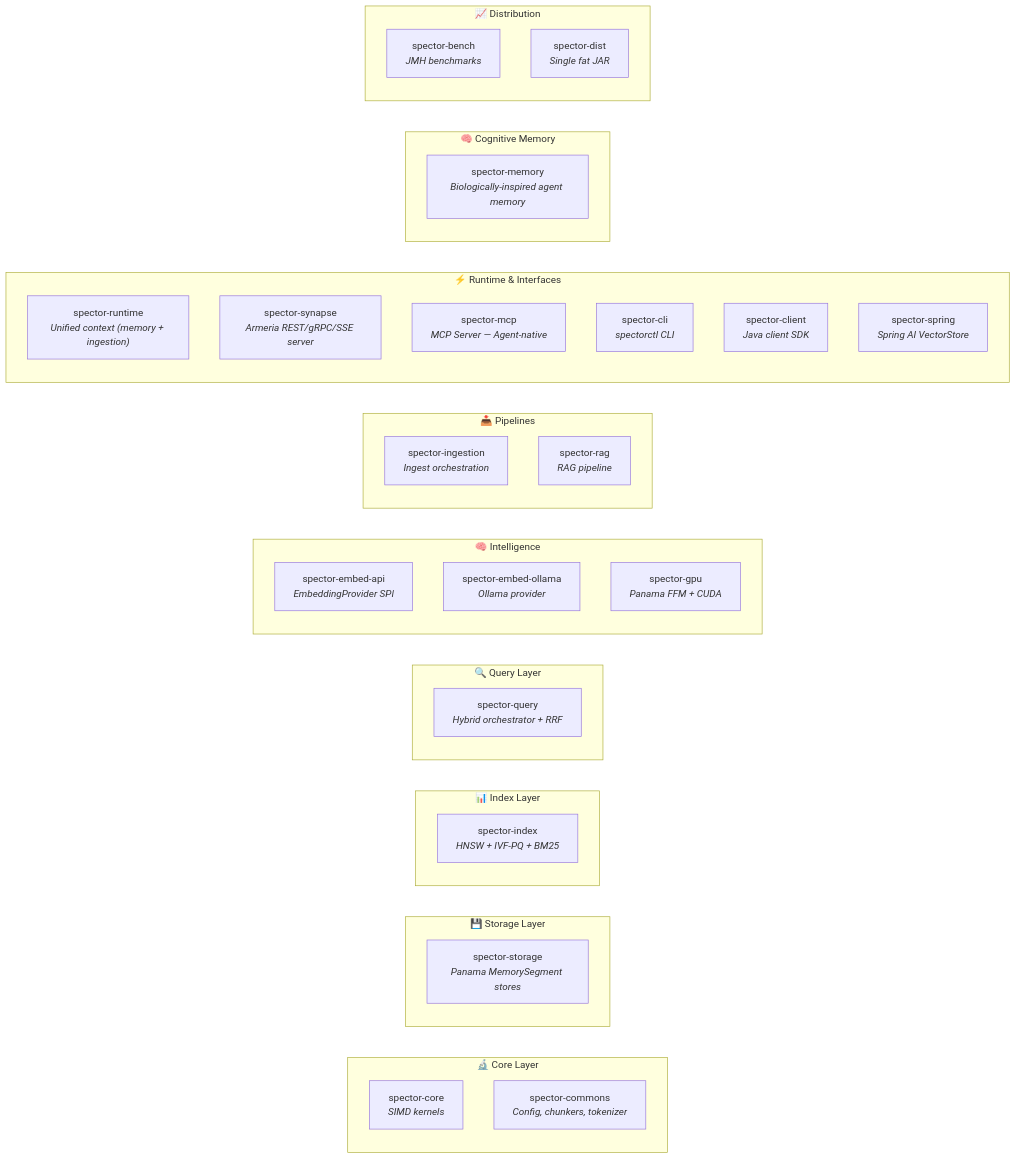
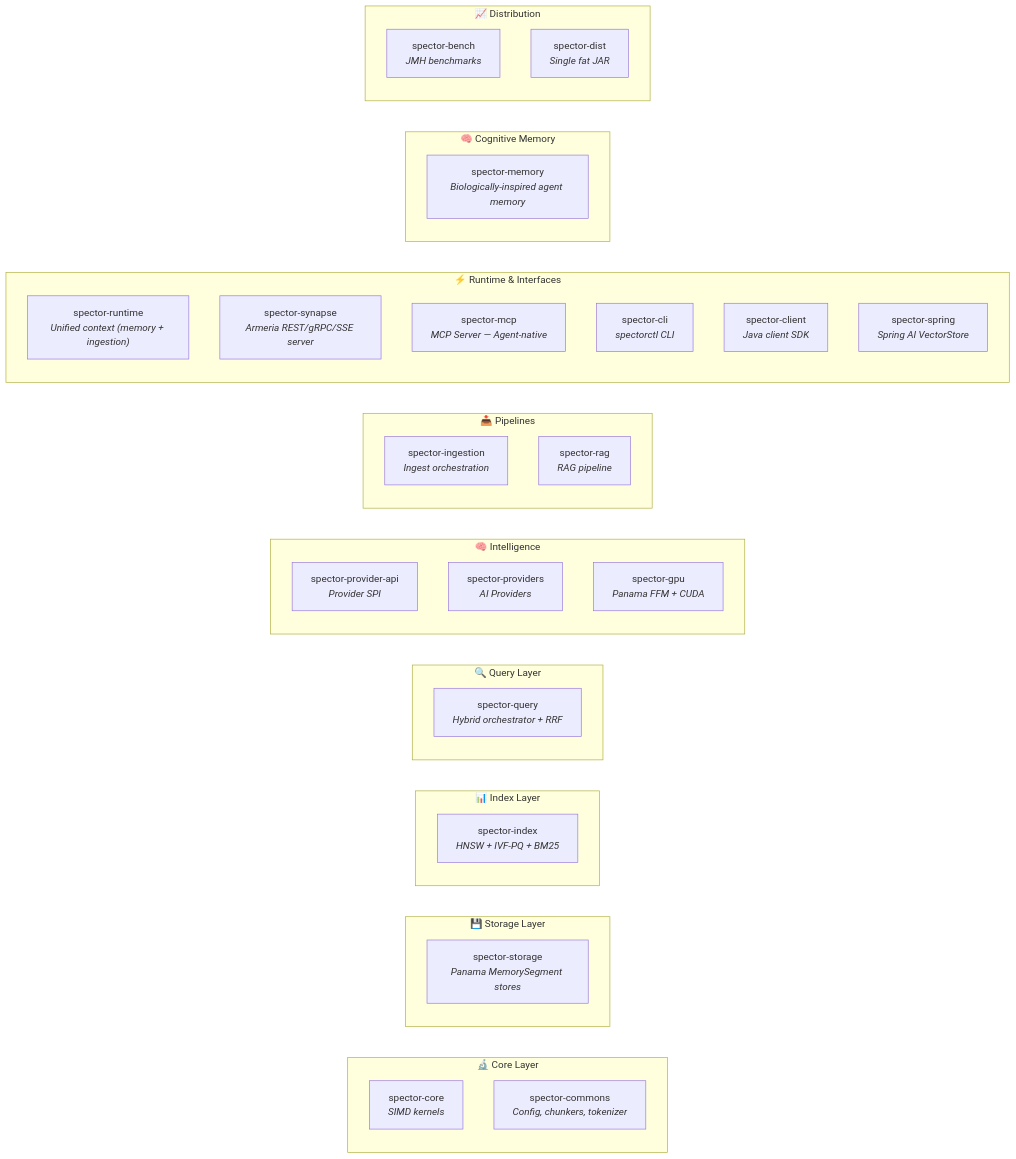
The sixth of 12 diagrams in docs/docs/architecture/overview.md (spectrayan/spector), drawn with Mermaid before and after one commit. The commit also changed 41 other files, not shown here.

````diff
--- a/docs/docs/architecture/overview.md
+++ b/docs/docs/architecture/overview.md
@@ -272,48 +272,48 @@
 ```mermaid
 graph LR
     subgraph "🔬 Core Layer"
         core["spector-core<br/><i>SIMD kernels</i>"]
         commons["spector-commons<br/><i>Config, chunkers, tokenizer</i>"]
     end
 
     subgraph "💾 Storage Layer"
         storage["spector-storage<br/><i>Panama MemorySegment stores</i>"]
     end
 
     subgraph "📊 Index Layer"
         index["spector-index<br/><i>HNSW + IVF-PQ + BM25</i>"]
     end
 
     subgraph "🔍 Query Layer"
         query["spector-query<br/><i>Hybrid orchestrator + RRF</i>"]
     end
 
     subgraph "🧠 Intelligence"
-        embedapi["spector-embed-api<br/><i>EmbeddingProvider SPI</i>"]
-        embedollama["spector-embed-ollama<br/><i>Ollama provider</i>"]
+        providerapi["spector-provider-api<br/><i>Provider SPI</i>"]
+        providers["spector-providers<br/><i>AI Providers</i>"]
         gpu["spector-gpu<br/><i>Panama FFM + CUDA</i>"]
     end
 
     subgraph "📥 Pipelines"
         ingestion["spector-ingestion<br/><i>Ingest orchestration</i>"]
         rag["spector-rag<br/><i>RAG pipeline</i>"]
     end
 
     subgraph "⚡ Runtime & Interfaces"
         runtime["spector-runtime<br/><i>Unified context (memory + ingestion)</i>"]
         synapse["spector-synapse<br/><i>Armeria REST/gRPC/SSE server</i>"]
         mcp["spector-mcp<br/><i>MCP Server — Agent-native</i>"]
         cli["spector-cli<br/><i>spectorctl CLI</i>"]
         client["spector-client<br/><i>Java client SDK</i>"]
         spring["spector-spring<br/><i>Spring AI VectorStore</i>"]
     end
 
     subgraph "🧠 Cognitive Memory"
         memory["spector-memory<br/><i>Biologically-inspired agent memory</i>"]
     end
 
     subgraph "📈 Distribution"
         bench["spector-bench<br/><i>JMH benchmarks</i>"]
         dist["spector-dist<br/><i>Single fat JAR</i>"]
     end
 ```
````
